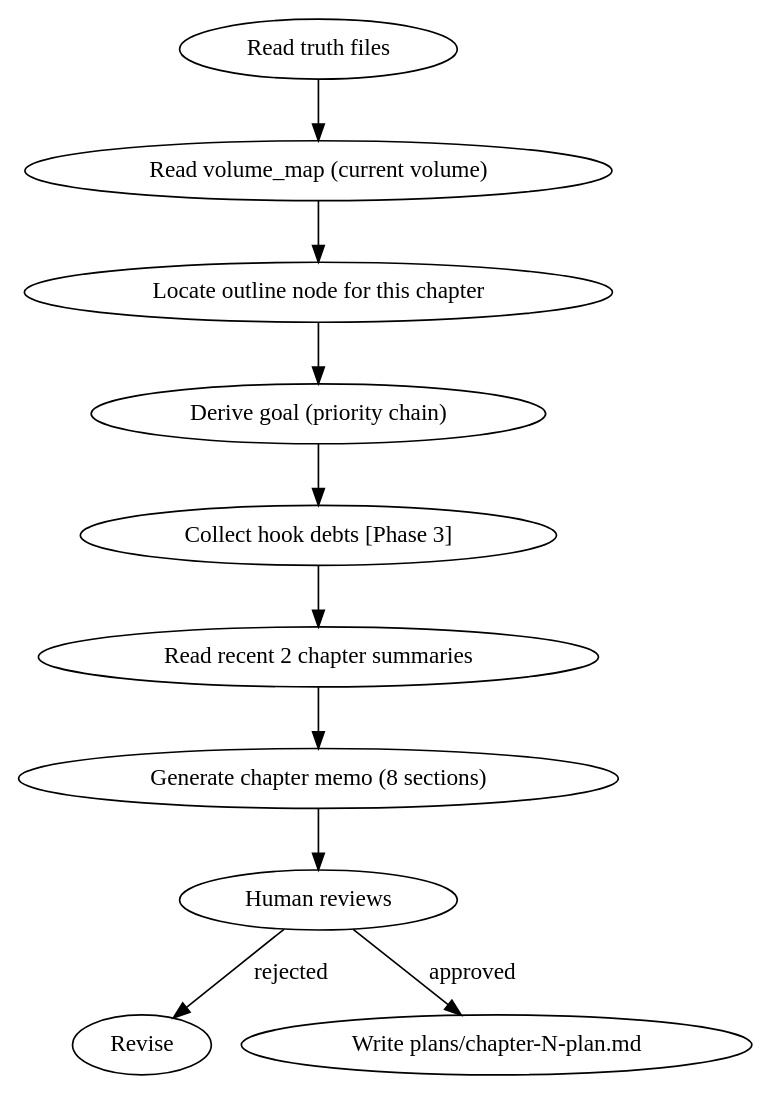
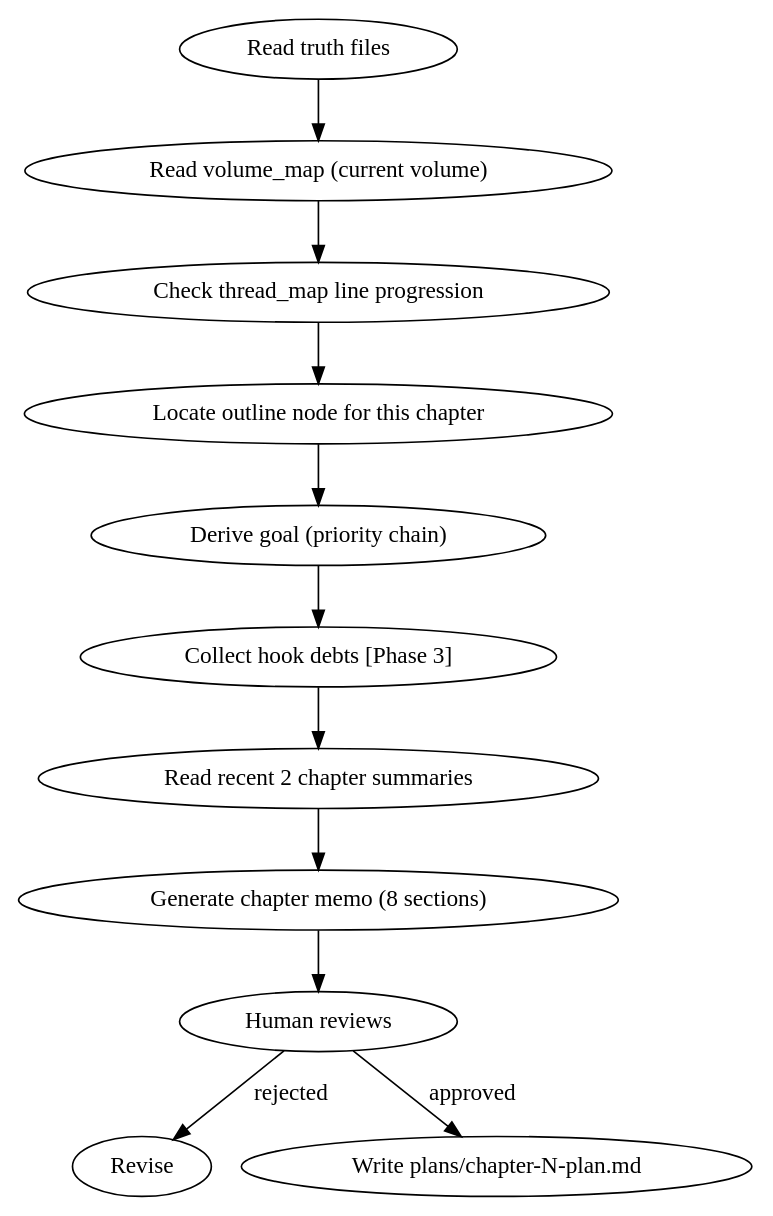
Before and after one commit to ThomasChangX/shenbi: the diagram in skills/shenbi-chapter-planning/SKILL.md, drawn with Graphviz. The commit also changed other lines of this file and 5 other files, not shown here.

First line of the commit message:
fix(contracts+g4-feedback): thread_map field-level read into chapter-planning; complete G4.dec schema examples

````diff
--- a/skills/shenbi-chapter-planning/SKILL.md
+++ b/skills/shenbi-chapter-planning/SKILL.md
@@ -74,13 +78,14 @@
 ```dot
 digraph chapter_planning {
     "Read truth files" -> "Read volume_map (current volume)";
-    "Read volume_map (current volume)" -> "Locate outline node for this chapter";
+    "Read volume_map (current volume)" -> "Check thread_map line progression";
+    "Check thread_map line progression" -> "Locate outline node for this chapter";
     "Locate outline node for this chapter" -> "Derive goal (priority chain)";
     "Derive goal (priority chain)" -> "Collect hook debts [Phase 3]";
     "Collect hook debts [Phase 3]" -> "Read recent 2 chapter summaries";
     "Read recent 2 chapter summaries" -> "Generate chapter memo (8 sections)";
     "Generate chapter memo (8 sections)" -> "Human reviews";
     "Human reviews" -> "Revise" [label="rejected"];
     "Human reviews" -> "Write plans/chapter-N-plan.md" [label="approved"];
 }
 ```
````
